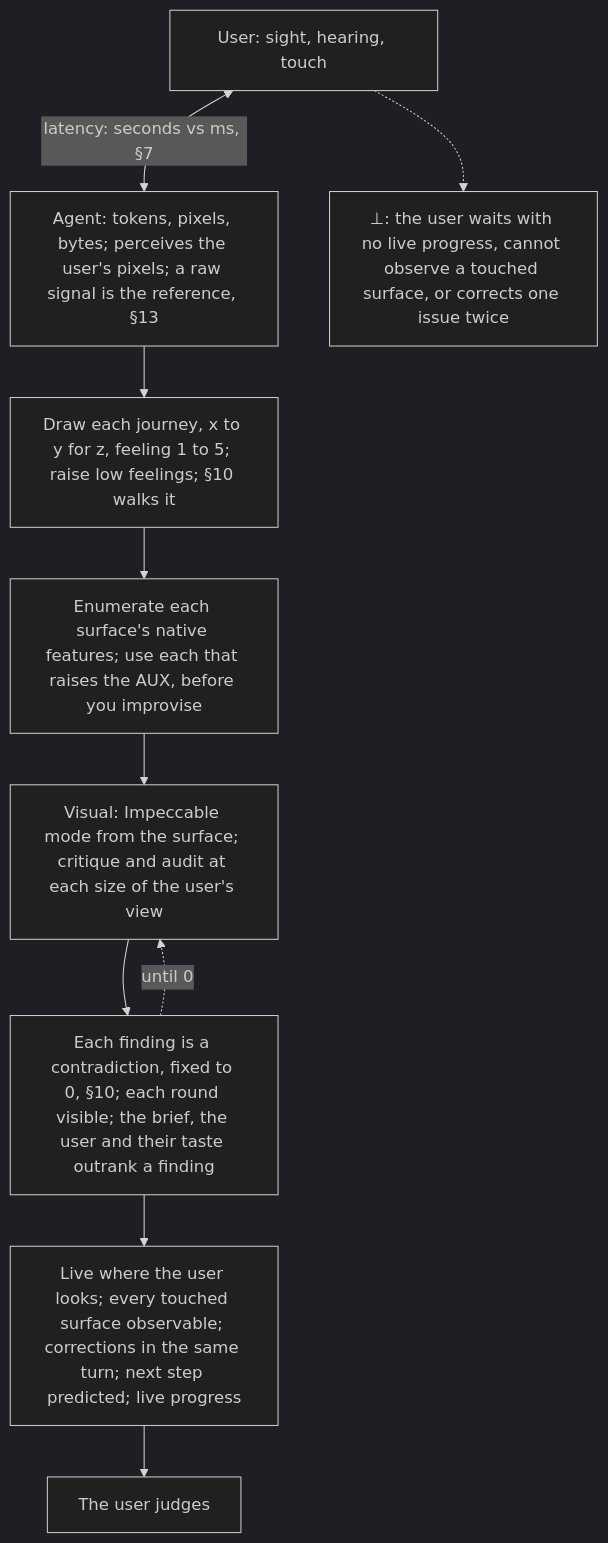
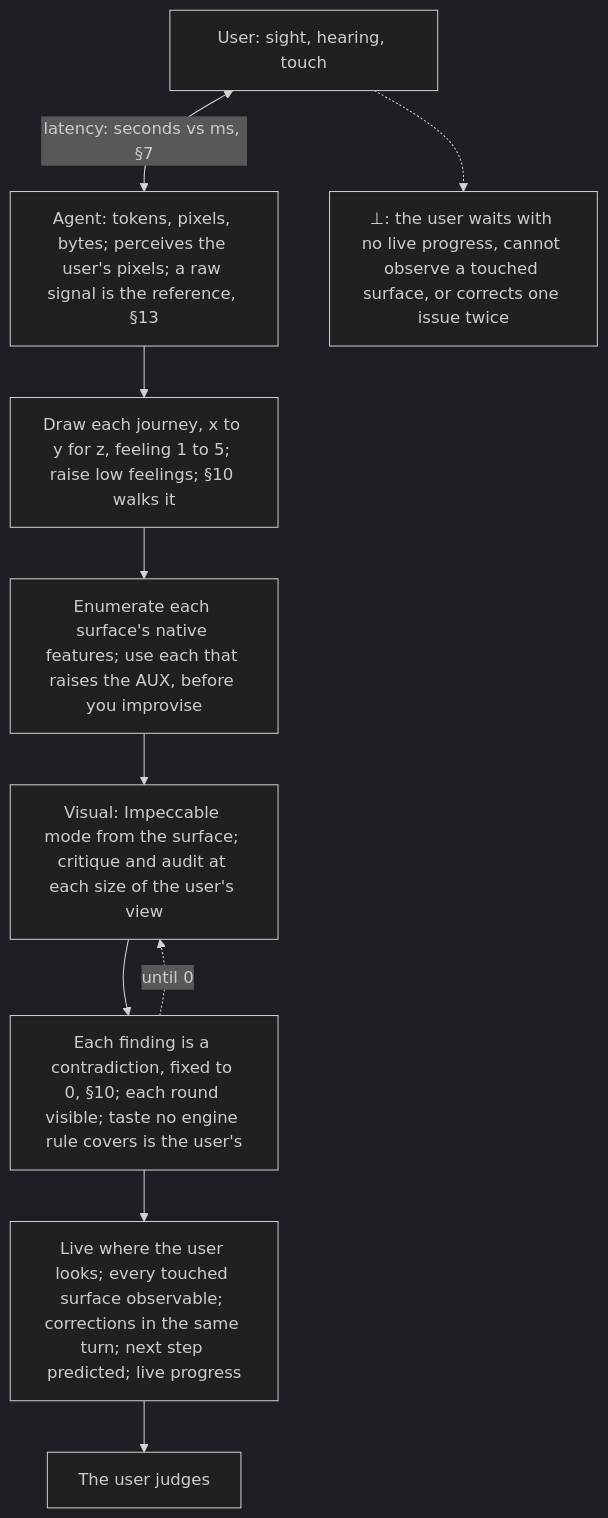
Before and after one commit to SolenixAI/arbiter: the third of 14 diagrams in AGENTS.md, drawn with Mermaid (dark theme). The commit also changed other lines of this file and 3 other files, not shown here.

````diff
--- a/AGENTS.md
+++ b/AGENTS.md
@@ -113,12 +114,12 @@
 ```mermaid
 flowchart TD
   US["User: sight, hearing, touch"] <-->|"latency: seconds vs ms, §7"| AG["Agent: tokens, pixels, bytes; perceives the user's pixels; a raw signal is the reference, §13"]
   AG --> M["Draw each journey, x to y for z, feeling 1 to 5; raise low feelings; §10 walks it"]
   M --> B["Enumerate each surface's native features; use each that raises the AUX, before you improvise"]
   B --> P["Visual: Impeccable mode from the surface; critique and audit at each size of the user's view"]
-  P --> F["Each finding is a contradiction, fixed to 0, §10; each round visible; the brief, the user and their taste outrank a finding"]
+  P --> F["Each finding is a contradiction, fixed to 0, §10; each round visible; taste no engine rule covers is the user's"]
   F -.->|until 0| P
   F --> T["Live where the user looks; every touched surface observable; corrections in the same turn; next step predicted; live progress"]
   T --> J["The user judges"]
   US -.-> BOT["⊥: the user waits with no live progress, cannot observe a touched surface, or corrects one issue twice"]
 ```
````
